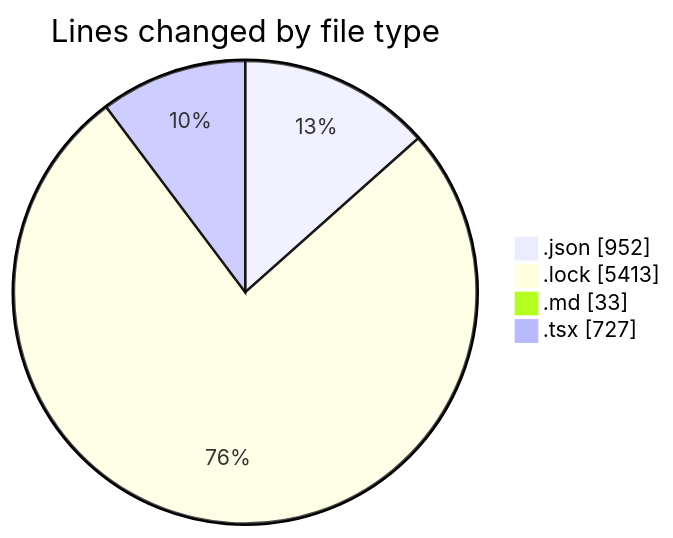
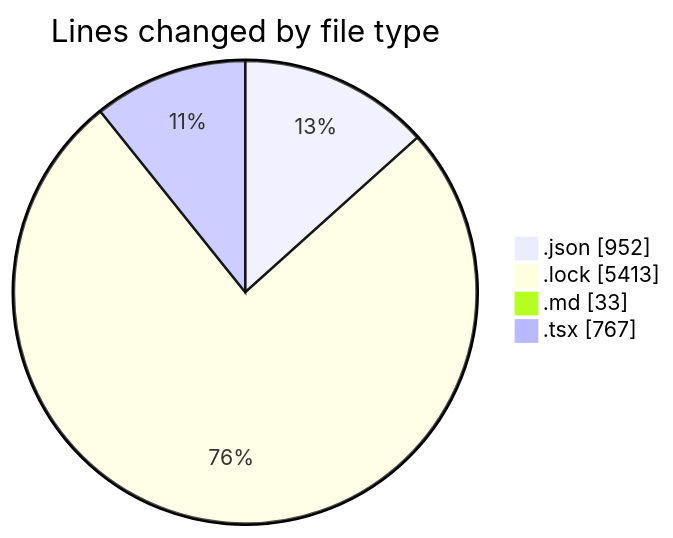
Before and after one commit to EIIisD/code-tracking: the first of 2 diagrams in 2025-08-11/ribbon/README.md, drawn with Mermaid. The commit also changed other lines of this file and 1 other file, not shown here.

````diff
--- a/2025-08-11/ribbon/README.md
+++ b/2025-08-11/ribbon/README.md
@@ -34,8 +35,8 @@
 ```mermaid
 pie showData
 title Lines changed by file type
 ".json" : 952
 ".lock" : 5413
 ".md" : 33
-".tsx" : 727
+".tsx" : 767
 ```
````
